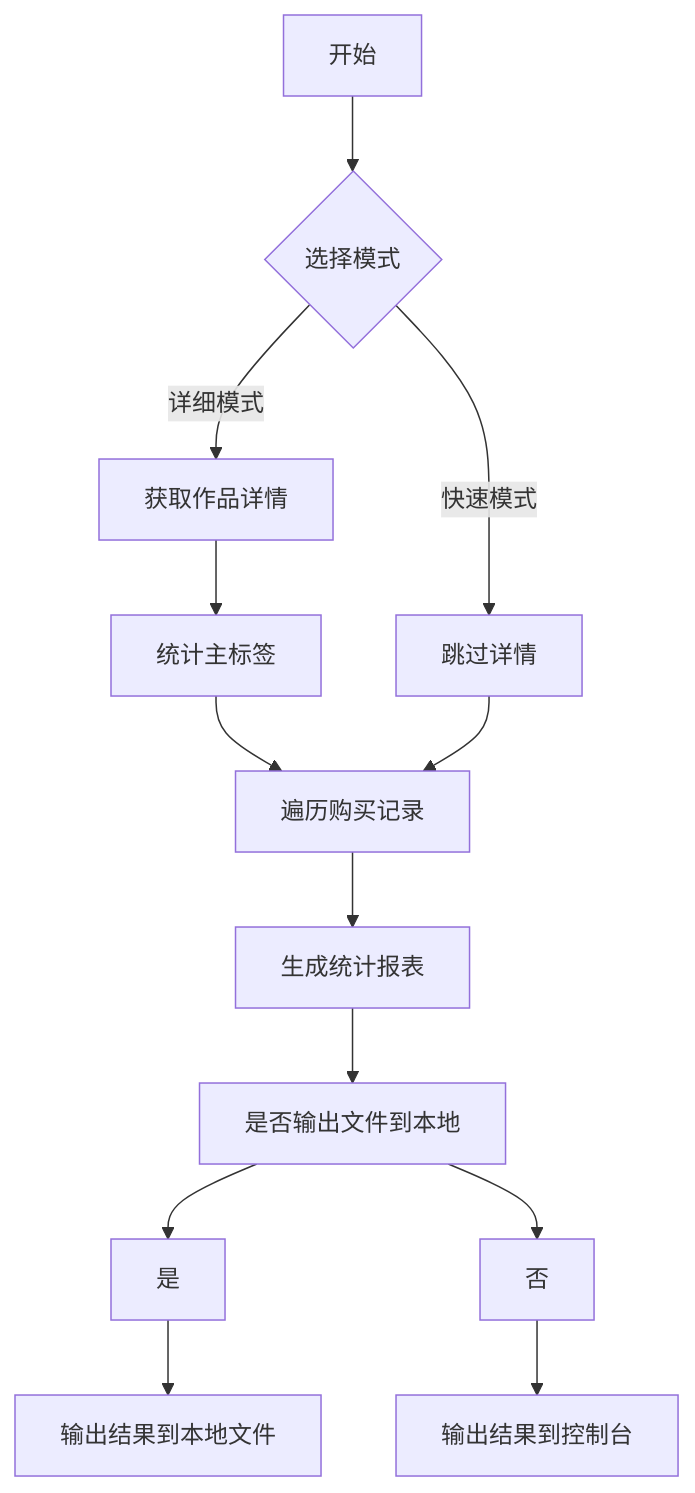
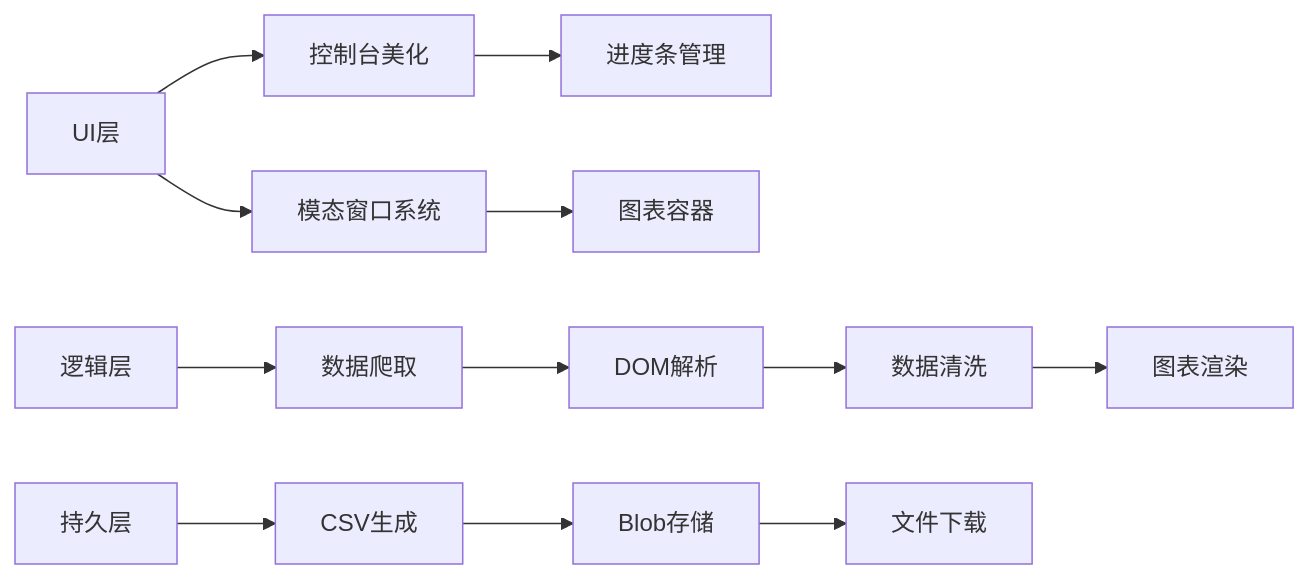
Before and after one commit to linyaocrush/DLsite-Purchase-Analyzer: the second of 2 diagrams in README.md, drawn with Mermaid. The commit also changed other lines of this file, not shown here.

````diff
--- a/README.md
+++ b/README.md
@@ -136,15 +144,16 @@
 ```mermaid
-graph TD
-    A[开始] --> B{选择模式}
-    B -->|详细模式| C[获取作品详情]
-    B -->|快速模式| D[跳过详情]
-    E --> F[遍历购买记录]
-    C --> E[统计主标签]
-    D --> F[遍历购买记录]
-    F --> G[生成统计报表]
-    G --> H[是否输出文件到本地]
-    H --> I[是]
-    H --> J[否]
-    I --> K[输出结果到本地文件]
-    J --> L[输出结果到控制台]
+graph LR
+    A[UI层] --> B[控制台美化]
+    A --> C[模态窗口系统]
+    B --> D[进度条管理]
+    C --> E[图表容器]
+    
+    F[逻辑层] --> G[数据爬取]
+    G --> H[DOM解析]
+    H --> I[数据清洗]
+    I --> J[图表渲染]
+    
+    K[持久层] --> L[CSV生成]
+    L --> M[Blob存储]
+    M --> N[文件下载]
 ```
````
